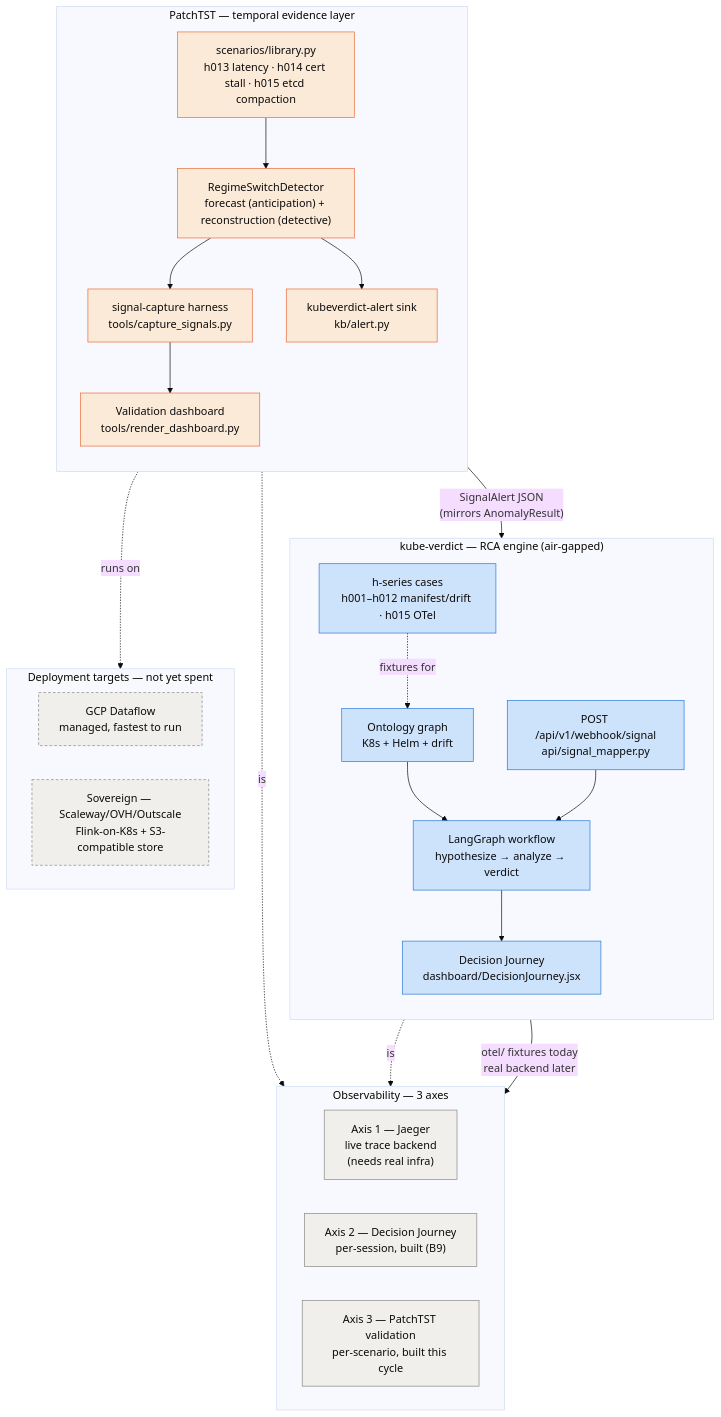
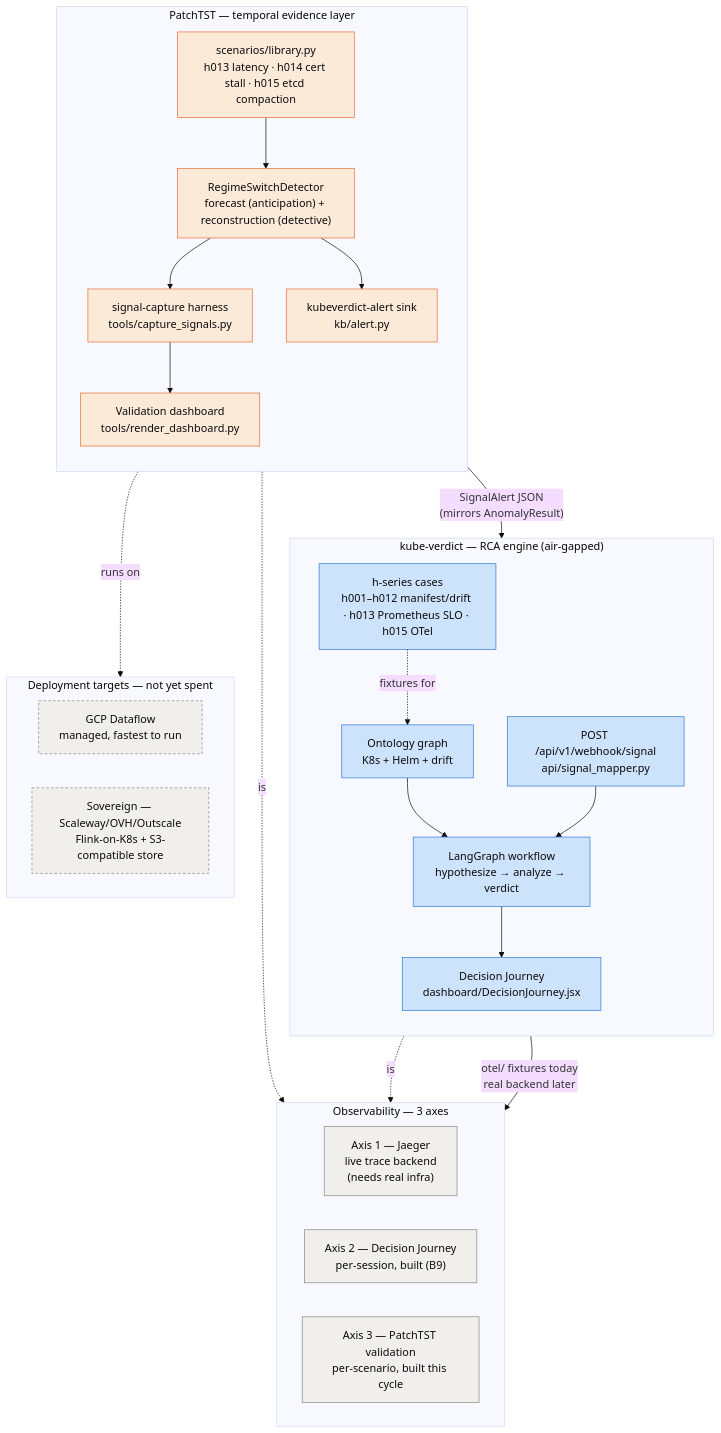
The diagram in docs/kubeverdict-patchtst-map.md (a1h8/kube-verdict), drawn with Mermaid (base theme) before and after one commit. The commit also changed other lines of this file and 12 other files, not shown here.

````diff
--- a/docs/kubeverdict-patchtst-map.md
+++ b/docs/kubeverdict-patchtst-map.md
@@ -9,58 +9,58 @@
 ```mermaid
 flowchart TB
     subgraph KV["kube-verdict — RCA engine (air-gapped)"]
         direction TB
         KVG["Ontology graph<br/>K8s + Helm + drift"]
         KVW["LangGraph workflow<br/>hypothesize → analyze → verdict"]
-        KVH["h-series cases<br/>h001–h012 manifest/drift · h015 OTel"]
+        KVH["h-series cases<br/>h001–h012 manifest/drift · h013 Prometheus SLO · h015 OTel"]
         KVWH["POST /api/v1/webhook/signal<br/>api/signal_mapper.py"]
         KVDJ["Decision Journey<br/>dashboard/DecisionJourney.jsx"]
         KVG --> KVW
         KVH -.fixtures for.-> KVG
         KVWH --> KVW
         KVW --> KVDJ
     end
 
     subgraph PT["PatchTST — temporal evidence layer"]
         direction TB
         PTD["RegimeSwitchDetector<br/>forecast (anticipation) + reconstruction (detective)"]
         PTS["scenarios/library.py<br/>h013 latency · h014 cert stall · h015 etcd compaction"]
         PTA["kubeverdict-alert sink<br/>kb/alert.py"]
         PTV["signal-capture harness<br/>tools/capture_signals.py"]
         PTDB["Validation dashboard<br/>tools/render_dashboard.py"]
         PTS --> PTD
         PTD --> PTV
         PTV --> PTDB
         PTD --> PTA
     end
 
     PTA -- "SignalAlert JSON<br/>(mirrors AnomalyResult)" --> KVWH
 
     subgraph OBS["Observability — 3 axes"]
         direction LR
         AX1["Axis 1 — Jaeger<br/>live trace backend<br/>(needs real infra)"]
         AX2["Axis 2 — Decision Journey<br/>per-session, built (B9)"]
         AX3["Axis 3 — PatchTST validation<br/>per-scenario, built this cycle"]
     end
 
     KVDJ -.is.-> AX2
     PTDB -.is.-> AX3
     KVH -- "otel/ fixtures today<br/>real backend later" --> AX1
 
     subgraph DEPLOY["Deployment targets — not yet spent"]
         direction LR
         GCP["GCP Dataflow<br/>managed, fastest to run"]
         SOV["Sovereign — Scaleway/OVH/Outscale<br/>Flink-on-K8s + S3-compatible store"]
     end
 
     PT -.runs on.-> DEPLOY
 
     classDef kv fill:#cde2fb,stroke:#2a78d6,color:#0b0b0b;
     classDef pt fill:#fcead9,stroke:#eb6834,color:#0b0b0b;
     classDef obs fill:#f0efec,stroke:#898781,color:#0b0b0b;
     classDef deploy fill:#f0efec,stroke:#898781,color:#0b0b0b,stroke-dasharray: 4 3;
     class KVG,KVW,KVH,KVWH,KVDJ kv;
     class PTD,PTS,PTA,PTV,PTDB pt;
     class AX1,AX2,AX3 obs;
     class GCP,SOV deploy;
 ```
````
